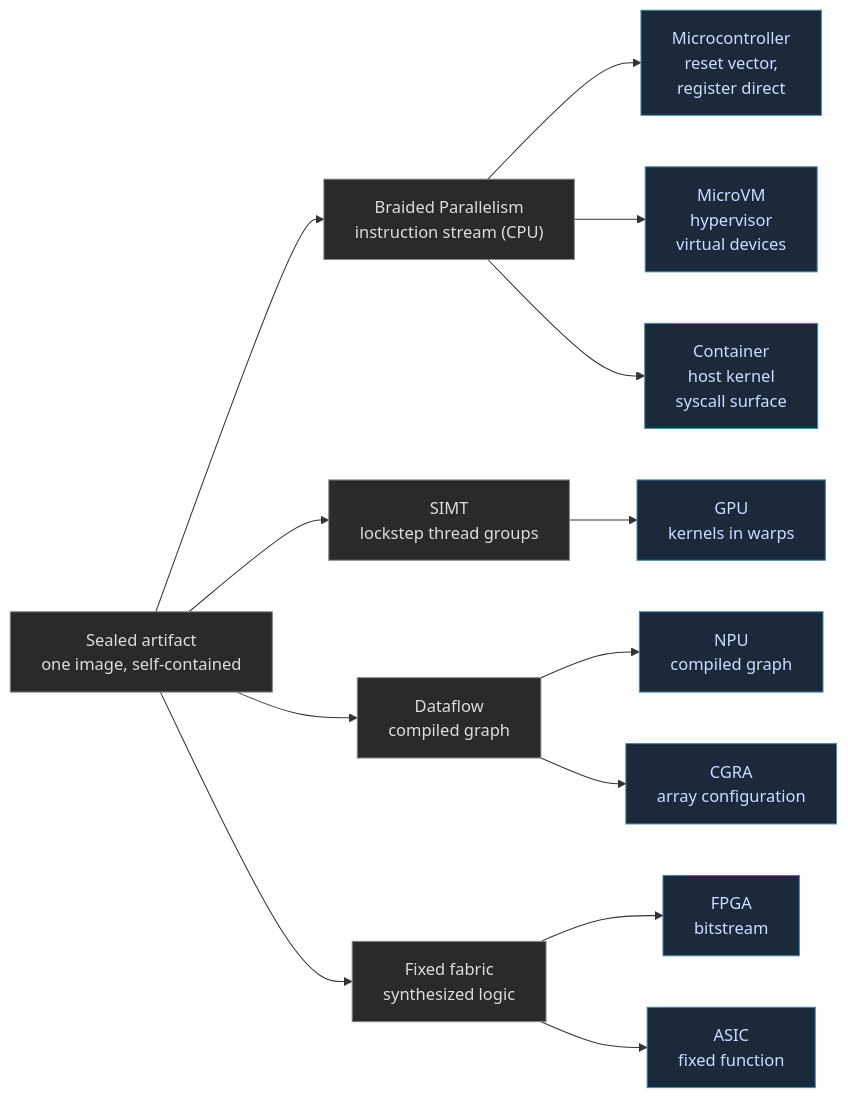
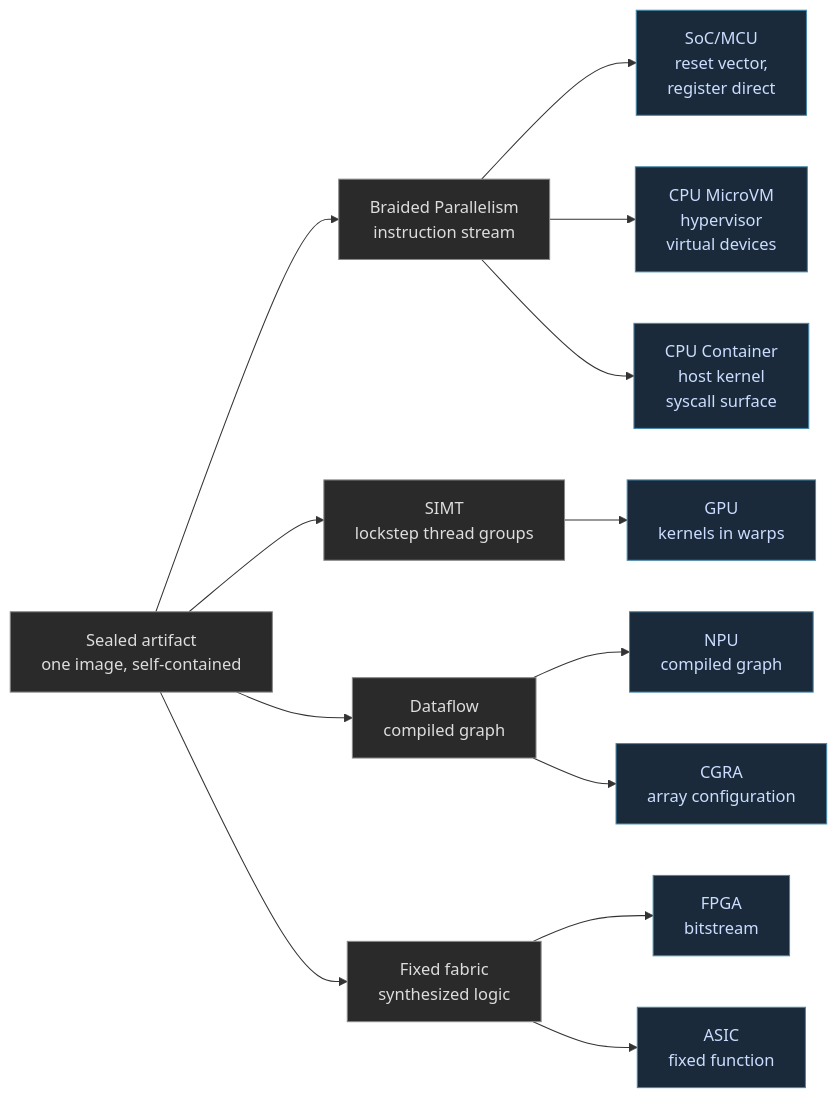
The first of 3 diagrams in hugo/content/blog/getting-to-the-heart-of-unikernels.md (FidelityFramework/clef-lang-site), drawn with Mermaid before and after one commit.

````diff
--- a/hugo/content/blog/getting-to-the-heart-of-unikernels.md
+++ b/hugo/content/blog/getting-to-the-heart-of-unikernels.md
@@ -10,28 +10,28 @@
 ```mermaid
 graph LR
     ROOT["Sealed artifact<br/>one image, self-contained"]
 
-    ROOT --> SEQ["Braided Parallelism<br/>instruction stream (CPU)"]
+    ROOT --> SEQ["Braided Parallelism<br/>instruction stream"]
     ROOT --> SIMT["SIMT<br/>lockstep thread groups"]
     ROOT --> DF["Dataflow<br/>compiled graph"]
     ROOT --> FIX["Fixed fabric<br/>synthesized logic"]
 
-    SEQ --> MCU["Microcontroller<br/>reset vector,<br/>register direct"]
-    SEQ --> UVM["MicroVM<br/>hypervisor<br/>virtual devices"]
-    SEQ --> CON["Container<br/>host kernel<br/>syscall surface"]
+    SEQ --> MCU["SoC/MCU<br/>reset vector,<br/>register direct"]
+    SEQ --> UVM["CPU MicroVM<br/>hypervisor<br/>virtual devices"]
+    SEQ --> CON["CPU Container<br/>host kernel<br/>syscall surface"]
 
     SIMT --> GPU["GPU<br/>kernels in warps"]
 
     DF --> NPU["NPU<br/>compiled graph"]
     DF --> CGRA["CGRA<br/>array configuration"]
 
     FIX --> FPGA["FPGA<br/>bitstream"]
     FIX --> ASIC["ASIC<br/>fixed function"]
 
     classDef root fill:#2a2a2a,stroke:#888,color:#ddd;
     classDef model fill:#2a2a2a,stroke:#888,color:#ddd;
     classDef target fill:#1a2a3a,stroke:#48a,color:#cdf;
     class ROOT root;
     class SEQ,SIMT,DF,FIX model;
     class MCU,UVM,CON,GPU,NPU,CGRA,FPGA,ASIC target;
 ```
````
